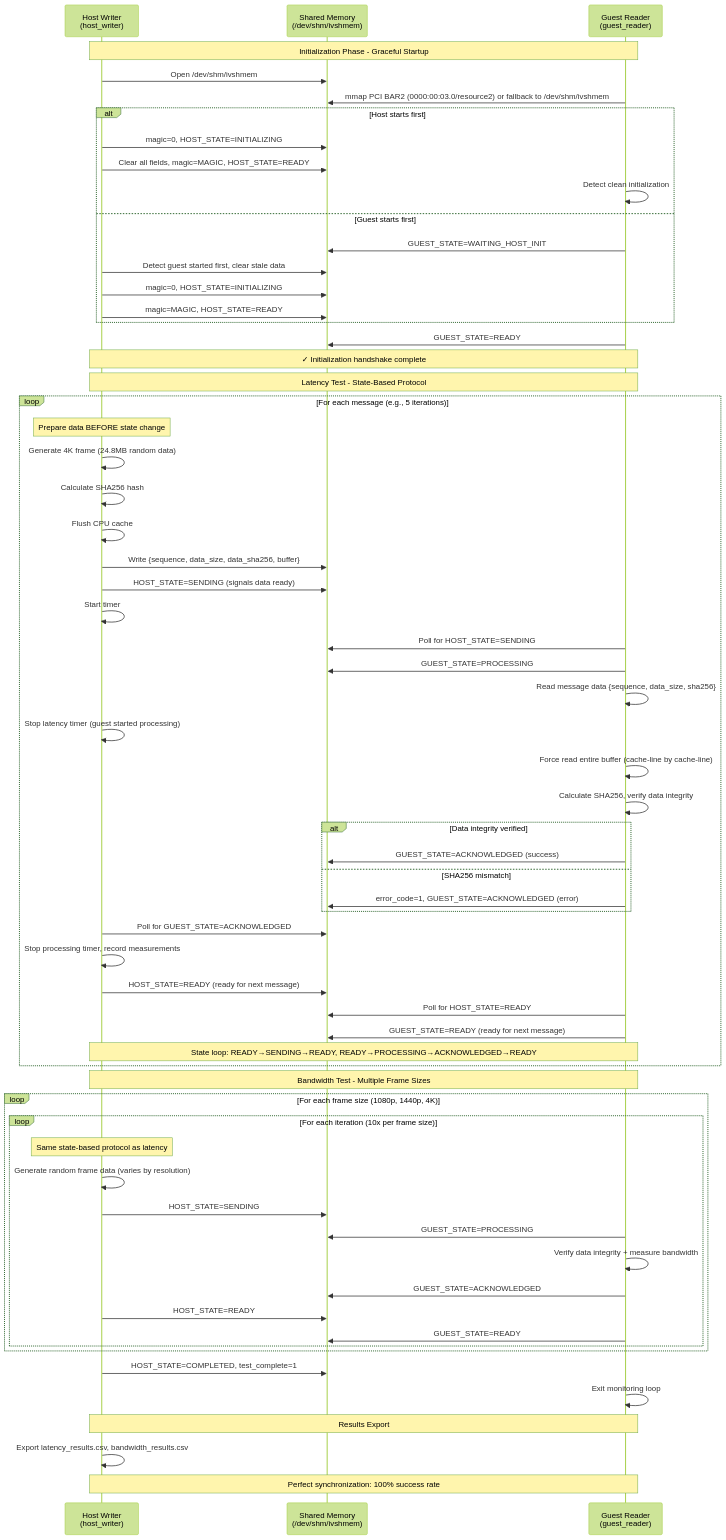
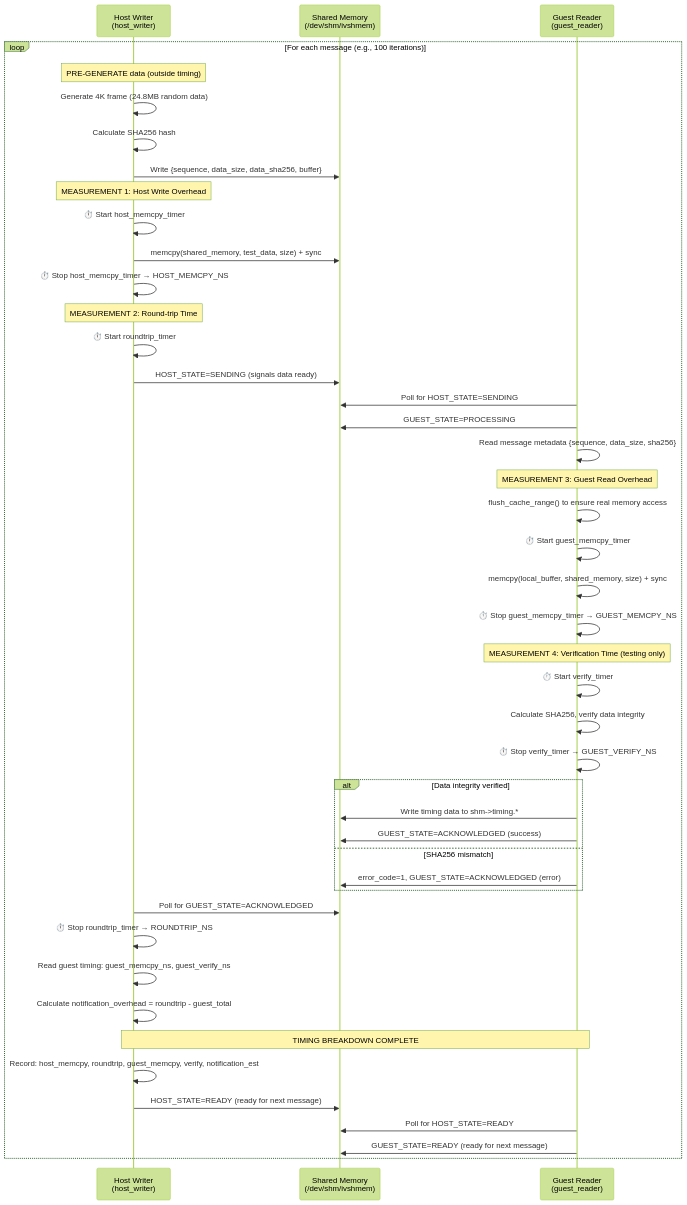
One commit to hugoferreira/ivshmem-analysis changed the second of 6 diagrams in README.md. Above: the diagram before and after it, drawn with Mermaid (forest theme). The commit also changed other lines of this file and 4 other files, not shown here.

First line of the commit message:
Refactor performance analysis for granular bilateral timing measurements

````diff
--- a/README.md
+++ b/README.md
@@ -287,79 +315,56 @@
 ```mermaid
 sequenceDiagram
     participant H as Host Writer<br/>(host_writer)
     participant M as Shared Memory<br/>(/dev/shm/ivshmem)
     participant G as Guest Reader<br/>(guest_reader)
     
-    Note over H,G: Initialization Phase - Graceful Startup
-    H->>M: Open /dev/shm/ivshmem
-    G->>M: mmap PCI BAR2 (0000:00:03.0/resource2) or fallback to /dev/shm/ivshmem
-    
-    alt Host starts first
-        H->>M: magic=0, HOST_STATE=INITIALIZING
-        H->>M: Clear all fields, magic=MAGIC, HOST_STATE=READY
-        G->>G: Detect clean initialization
-    else Guest starts first  
-        G->>M: GUEST_STATE=WAITING_HOST_INIT
-        H->>M: Detect guest started first, clear stale data
-        H->>M: magic=0, HOST_STATE=INITIALIZING
-        H->>M: magic=MAGIC, HOST_STATE=READY
-    end
-    
-    G->>M: GUEST_STATE=READY
-    Note over H,G: ✓ Initialization handshake complete
-    
-    Note over H,G: Latency Test - State-Based Protocol
-    loop For each message (e.g., 5 iterations)
-        Note over H: Prepare data BEFORE state change
+    loop For each message (e.g., 100 iterations)
+        Note over H: PRE-GENERATE data (outside timing)
         H->>H: Generate 4K frame (24.8MB random data)
         H->>H: Calculate SHA256 hash
-        H->>H: Flush CPU cache
         H->>M: Write {sequence, data_size, data_sha256, buffer}
+        
+        Note over H: MEASUREMENT 1: Host Write Overhead
+        H->>H: ⏱️ Start host_memcpy_timer
+        H->>M: memcpy(shared_memory, test_data, size) + sync
+        H->>H: ⏱️ Stop host_memcpy_timer → HOST_MEMCPY_NS
+        
+        Note over H: MEASUREMENT 2: Round-trip Time  
+        H->>H: ⏱️ Start roundtrip_timer
         H->>M: HOST_STATE=SENDING (signals data ready)
-        H->>H: Start timer
         
         G->>M: Poll for HOST_STATE=SENDING
         G->>M: GUEST_STATE=PROCESSING
-        G->>G: Read message data {sequence, data_size, sha256}
-        H->>H: Stop latency timer (guest started processing)
+        G->>G: Read message metadata {sequence, data_size, sha256}
         
-        G->>G: Force read entire buffer (cache-line by cache-line)
+        Note over G: MEASUREMENT 3: Guest Read Overhead
+        G->>G: flush_cache_range() to ensure real memory access
+        G->>G: ⏱️ Start guest_memcpy_timer
+        G->>G: memcpy(local_buffer, shared_memory, size) + sync
+        G->>G: ⏱️ Stop guest_memcpy_timer → GUEST_MEMCPY_NS
+        
+        Note over G: MEASUREMENT 4: Verification Time (testing only)
+        G->>G: ⏱️ Start verify_timer
         G->>G: Calculate SHA256, verify data integrity
+        G->>G: ⏱️ Stop verify_timer → GUEST_VERIFY_NS
         
         alt Data integrity verified
+            G->>M: Write timing data to shm->timing.*
             G->>M: GUEST_STATE=ACKNOWLEDGED (success)
         else SHA256 mismatch
             G->>M: error_code=1, GUEST_STATE=ACKNOWLEDGED (error)
         end
         
         H->>M: Poll for GUEST_STATE=ACKNOWLEDGED
-        H->>H: Stop processing timer, record measurements
+        H->>H: ⏱️ Stop roundtrip_timer → ROUNDTRIP_NS
+        H->>H: Read guest timing: guest_memcpy_ns, guest_verify_ns
+        H->>H: Calculate notification_overhead = roundtrip - guest_total
+        
+        Note over H,G: TIMING BREAKDOWN COMPLETE
+        H->>H: Record: host_memcpy, roundtrip, guest_memcpy, verify, notification_est
         H->>M: HOST_STATE=READY (ready for next message)
         
         G->>M: Poll for HOST_STATE=READY  
         G->>M: GUEST_STATE=READY (ready for next message)
-        
-        Note over H,G: State loop: READY→SENDING→READY, READY→PROCESSING→ACKNOWLEDGED→READY
     end
-    
-    Note over H,G: Bandwidth Test - Multiple Frame Sizes
-    loop For each frame size (1080p, 1440p, 4K)
-        loop For each iteration (10x per frame size)
-            Note over H: Same state-based protocol as latency
-            H->>H: Generate random frame data (varies by resolution)
-            H->>M: HOST_STATE=SENDING
-            G->>M: GUEST_STATE=PROCESSING  
-            G->>G: Verify data integrity + measure bandwidth
-            G->>M: GUEST_STATE=ACKNOWLEDGED
-            H->>M: HOST_STATE=READY
-            G->>M: GUEST_STATE=READY
-        end
-    end
-    
-    H->>M: HOST_STATE=COMPLETED, test_complete=1
-    G->>G: Exit monitoring loop
-    
-    Note over H,G: Results Export
-    H->>H: Export latency_results.csv, bandwidth_results.csv
-    Note over H,G: Perfect synchronization: 100% success rate
 ```
````
